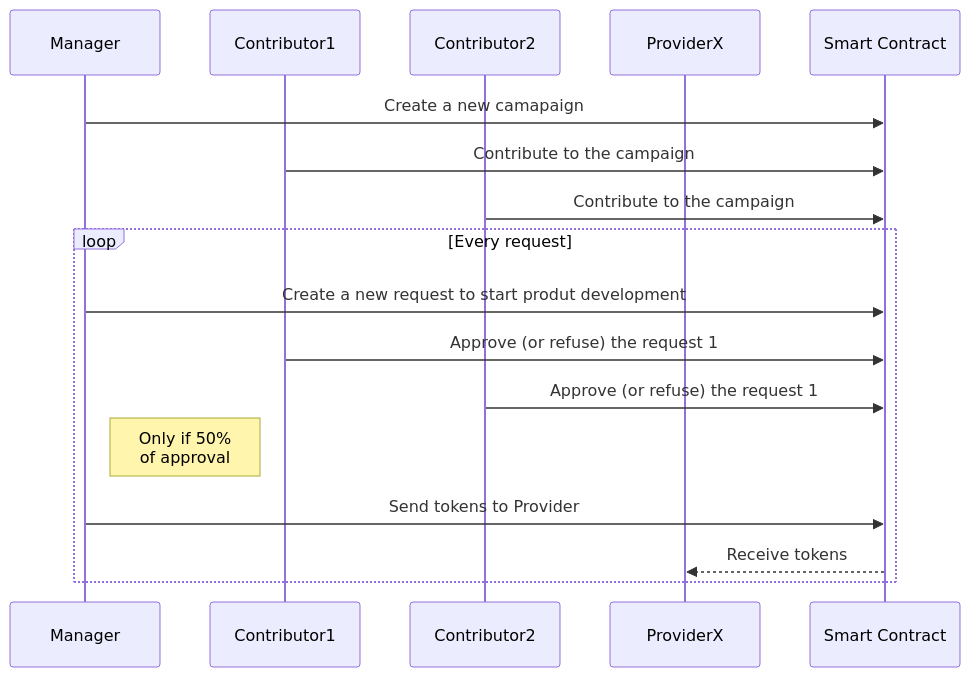
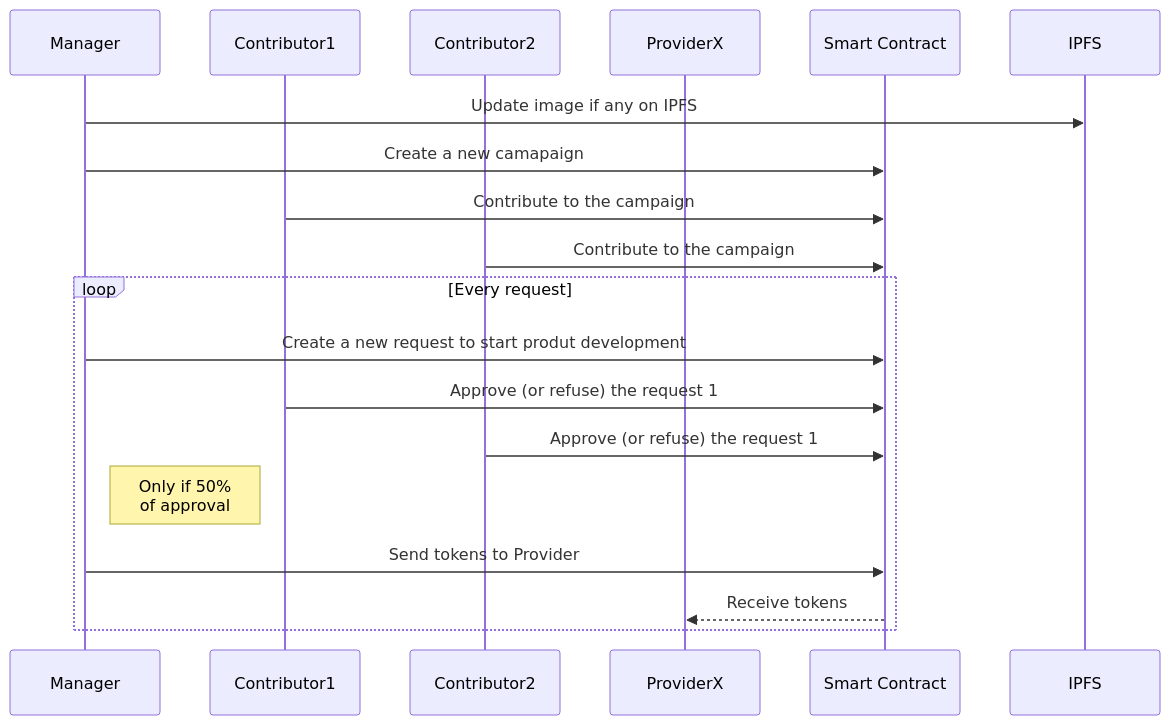
The diagram in readme.md (canujohann/crowdfunding-web3-sample), drawn with Mermaid before and after one commit.

Commit message:
update marmaid diagram with IPFS details

````diff
--- a/readme.md
+++ b/readme.md
@@ -18,21 +18,23 @@
 ```mermaid
 sequenceDiagram
 
   participant Manager
   participant Contributor1
   participant Contributor2
   participant ProviderX
   participant Smart Contract
+  participant IPFS
 
+  Manager->>IPFS: Update image if any on IPFS
   Manager->>Smart Contract: Create a new camapaign
   Contributor1->>Smart Contract: Contribute to the campaign
   Contributor2->>Smart Contract: Contribute to the campaign
   loop Every request
   Manager->>Smart Contract: Create a new request to start produt development
   Contributor1->>Smart Contract: Approve (or refuse) the request 1
   Contributor2->>Smart Contract: Approve (or refuse) the request 1
   Note right of Manager: Only if 50% <br>of approval
   Manager->>Smart Contract: Send tokens to Provider
   Smart Contract-->>ProviderX: Receive tokens
   end
 ```
````
